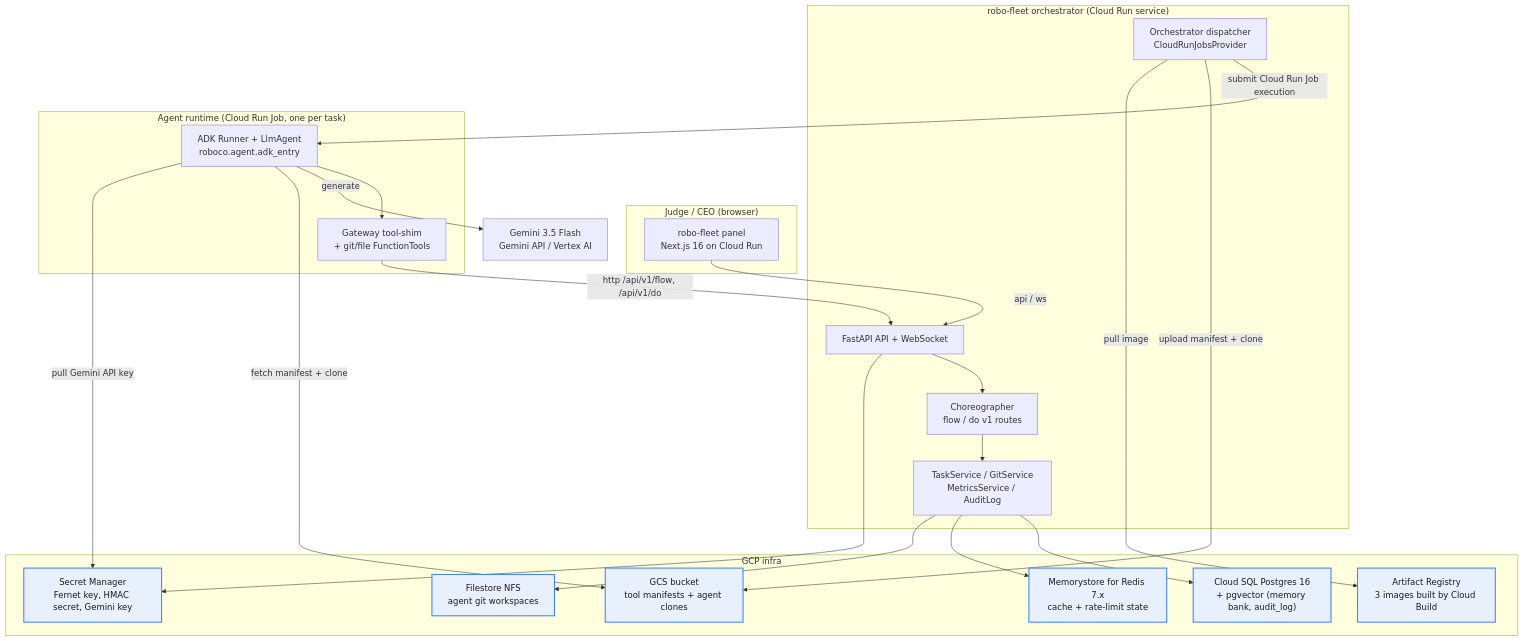
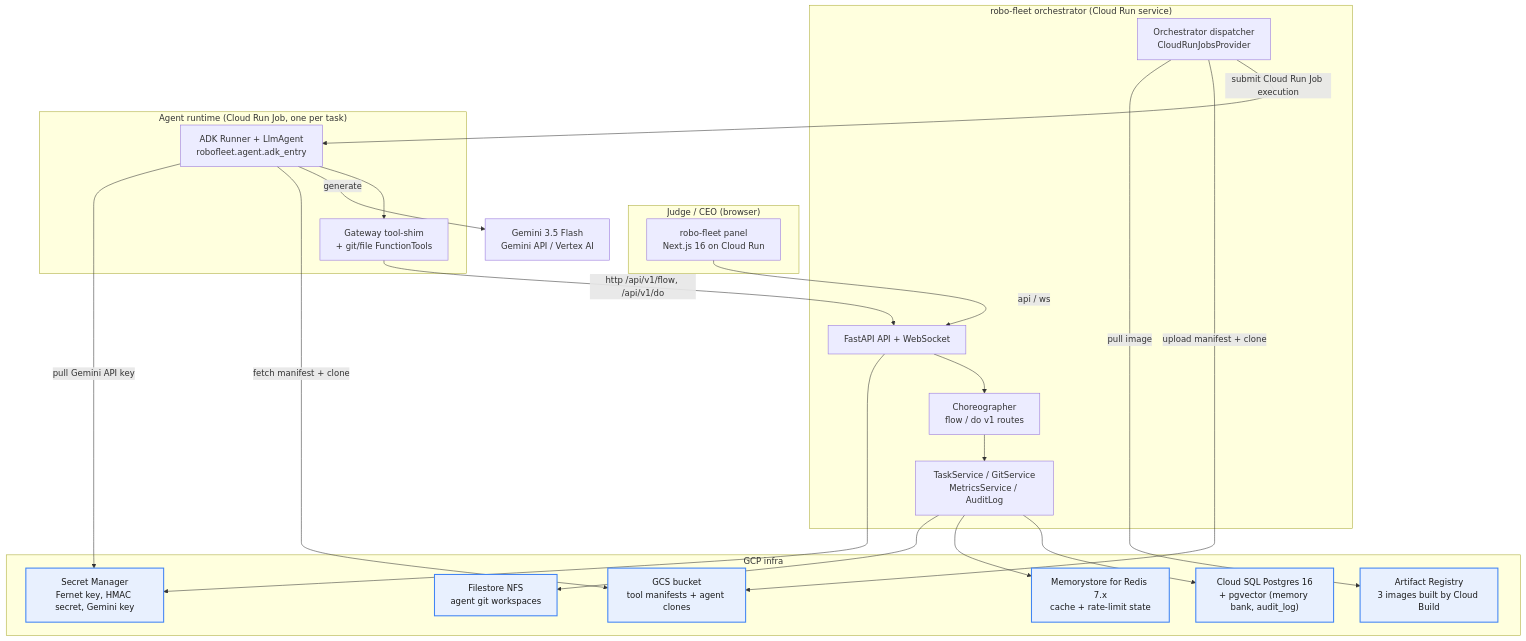
Before and after one commit to rennf93/robo-fleet: the diagram in docs/architecture.mmd, drawn with Mermaid. The commit also changed 678 other files, not shown here.

```diff
--- a/docs/architecture.mmd
+++ b/docs/architecture.mmd
@@ -1,46 +1,46 @@
 flowchart TD
     subgraph Judges["Judge / CEO (browser)"]
         Panel["robo-fleet panel<br/>Next.js 16 on Cloud Run"]
     end
 
     subgraph Orch["robo-fleet orchestrator (Cloud Run service)"]
         API["FastAPI API + WebSocket"]
         Choreographer["Choreographer<br/>flow / do v1 routes"]
         Dispatch["Orchestrator dispatcher<br/>CloudRunJobsProvider"]
         Services["TaskService / GitService<br/>MetricsService / AuditLog"]
     end
 
     subgraph Agent["Agent runtime (Cloud Run Job, one per task)"]
-        ADK["ADK Runner + LlmAgent<br/>roboco.agent.adk_entry"]
+        ADK["ADK Runner + LlmAgent<br/>robofleet.agent.adk_entry"]
         Shim["Gateway tool-shim<br/>+ git/file FunctionTools"]
     end
 
     Gemini["Gemini 3.5 Flash<br/>Gemini API / Vertex AI"]
 
     subgraph Data["GCP infra"]
         CloudSQL["Cloud SQL Postgres 16<br/>+ pgvector (memory bank, audit_log)"]
         Memorystore["Memorystore for Redis 7.x<br/>cache + rate-limit state"]
         Filestore["Filestore NFS<br/>agent git workspaces"]
         GCS["GCS bucket<br/>tool manifests + agent clones"]
         SM["Secret Manager<br/>Fernet key, HMAC secret, Gemini key"]
         AR["Artifact Registry<br/>3 images built by Cloud Build"]
     end
 
     Panel -->|"api / ws"| API
     API --> Choreographer
     Choreographer --> Services
     Dispatch -->|"submit Cloud Run Job execution"| ADK
     ADK --> Shim
     ADK -->|"generate"| Gemini
     Shim -->|"http /api/v1/flow, /api/v1/do"| API
     Services --> CloudSQL
     Services --> Memorystore
     Services --> Filestore
     Dispatch -->|"upload manifest + clone"| GCS
     ADK -->|"fetch manifest + clone"| GCS
     API --> SM
     ADK -->|"pull Gemini API key"| SM
     Dispatch -->|"pull image"| AR
 
     classDef gcp fill:#e8f0fe,stroke:#4285f4,stroke-width:2px,color:#1a1a1a
     class CloudSQL,Memorystore,Filestore,GCS,SM,AR gcp
```
